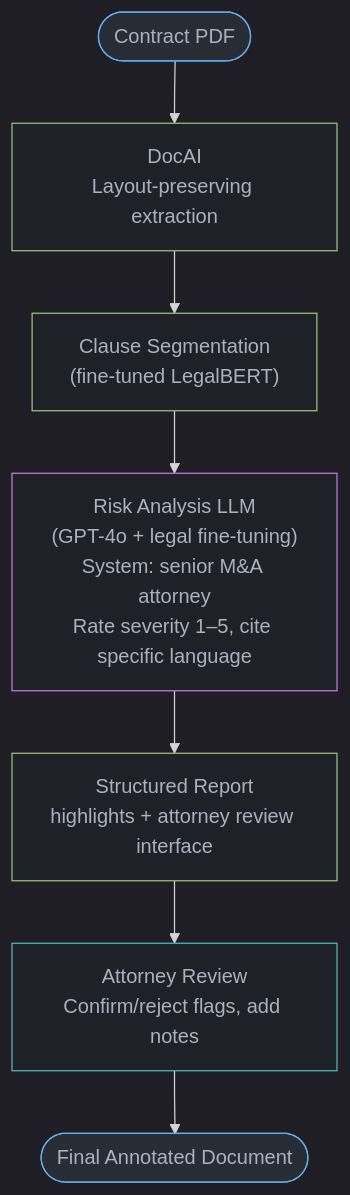
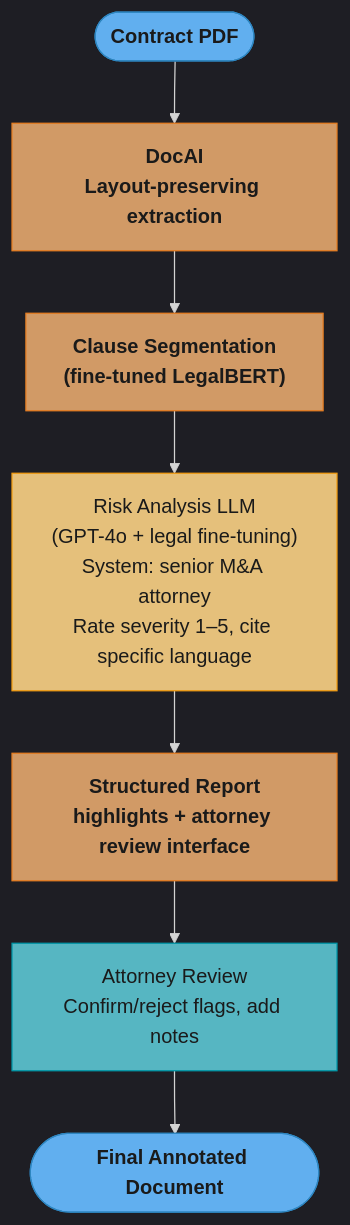
The fourth of 4 diagrams in src/main/java/com/rutik/systemdesign/llm/ai_applications/README.md (rppol/system-design), drawn with Mermaid before and after one commit. The commit also changed other lines of this file and 88 other files, not shown here.

````diff
--- a/src/main/java/com/rutik/systemdesign/llm/ai_applications/README.md
+++ b/src/main/java/com/rutik/systemdesign/llm/ai_applications/README.md
@@ -394,20 +405,23 @@
 ```mermaid
 %%{init: {'flowchart': {'curve': 'basis'}, 'theme': 'dark'}}%%
 flowchart TD
+    classDef io      fill:#61afef,stroke:#2e86c1,color:#1a1a1a,font-weight:bold
+    classDef frozen  fill:#c678dd,stroke:#9b59b6,color:#fff
+    classDef train   fill:#98c379,stroke:#27ae60,color:#1a1a1a
+    classDef mathOp  fill:#d19a66,stroke:#e67e22,color:#1a1a1a,font-weight:bold
+    classDef lossN   fill:#e06c75,stroke:#c0392b,color:#fff,font-weight:bold
+    classDef req     fill:#56b6c2,stroke:#0097a7,color:#1a1a1a
+    classDef base    fill:#e5c07b,stroke:#f39c12,color:#1a1a1a
+
     PDF([Contract PDF]) --> DocAI
     DocAI["DocAI\nLayout-preserving extraction"] --> Segment
     Segment["Clause Segmentation\n(fine-tuned LegalBERT)"] --> Risk
     Risk["Risk Analysis LLM\n(GPT-4o + legal fine-tuning)\nSystem: senior M&A attorney\nRate severity 1–5, cite specific language"] --> Report
     Report["Structured Report\nhighlights + attorney review interface"] --> Attorney
     Attorney["Attorney Review\nConfirm/reject flags, add notes"] --> Final([Final Annotated Document])
 
-    classDef io     fill:#282c34,stroke:#61afef,color:#abb2bf
-    classDef proc   fill:#1e2127,stroke:#98c379,color:#abb2bf
-    classDef llm    fill:#1e2127,stroke:#c678dd,color:#abb2bf
-    classDef store  fill:#1e2127,stroke:#56b6c2,color:#abb2bf
-
     class PDF,Final io
-    class DocAI,Segment,Report proc
-    class Risk llm
-    class Attorney store
+    class DocAI,Segment,Report mathOp
+    class Risk base
+    class Attorney req
 ```
````
